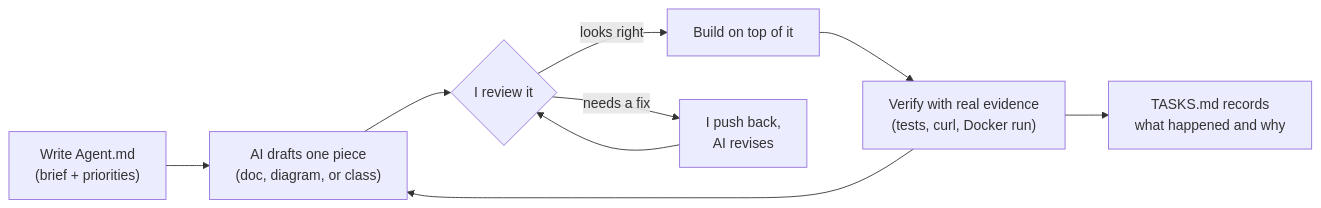
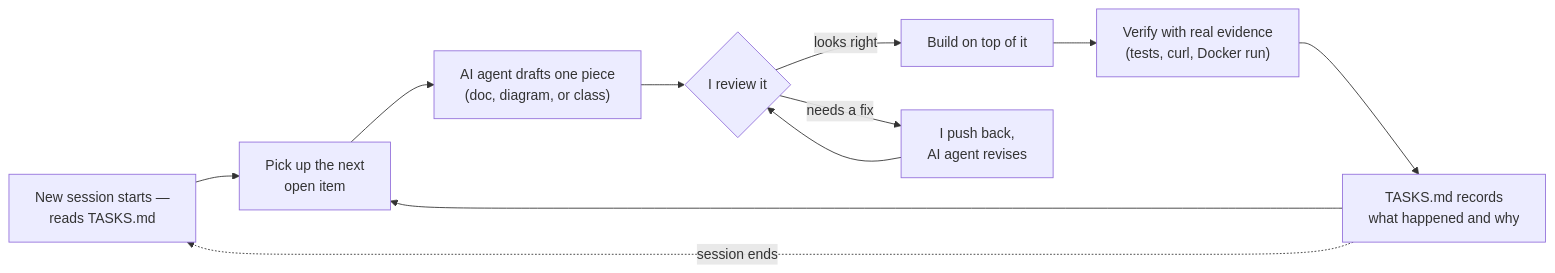
One commit to wesilios/unified-service-scheduler changed the diagram in README.md. Above: the diagram before and after it, drawn with Mermaid. The commit also changed other lines of this file and 67 other files, not shown here.

````diff
--- a/README.md
+++ b/README.md
@@ -480,11 +491,13 @@
 ```mermaid
 flowchart LR
-    A["Write Agent.md<br/>(brief + priorities)"] --> B["AI drafts one piece<br/>(doc, diagram, or class)"]
+    S["New session starts —<br/>reads TASKS.md"] --> A["Pick up the next<br/>open item"]
+    A --> B["AI agent drafts one piece<br/>(doc, diagram, or class)"]
     B --> C{"I review it"}
-    C -- "looks right" --> D["Build on top of it"]
-    C -- "needs a fix" --> E["I push back,<br/>AI revises"]
+    C -- " looks right " --> D["Build on top of it"]
+    C -- " needs a fix " --> E["I push back,<br/>AI agent revises"]
     E --> C
     D --> F["Verify with real evidence<br/>(tests, curl, Docker run)"]
-    F --> B
     F --> G["TASKS.md records<br/>what happened and why"]
+    G --> A
+    G -. " session ends " .-> S
 ```
````
